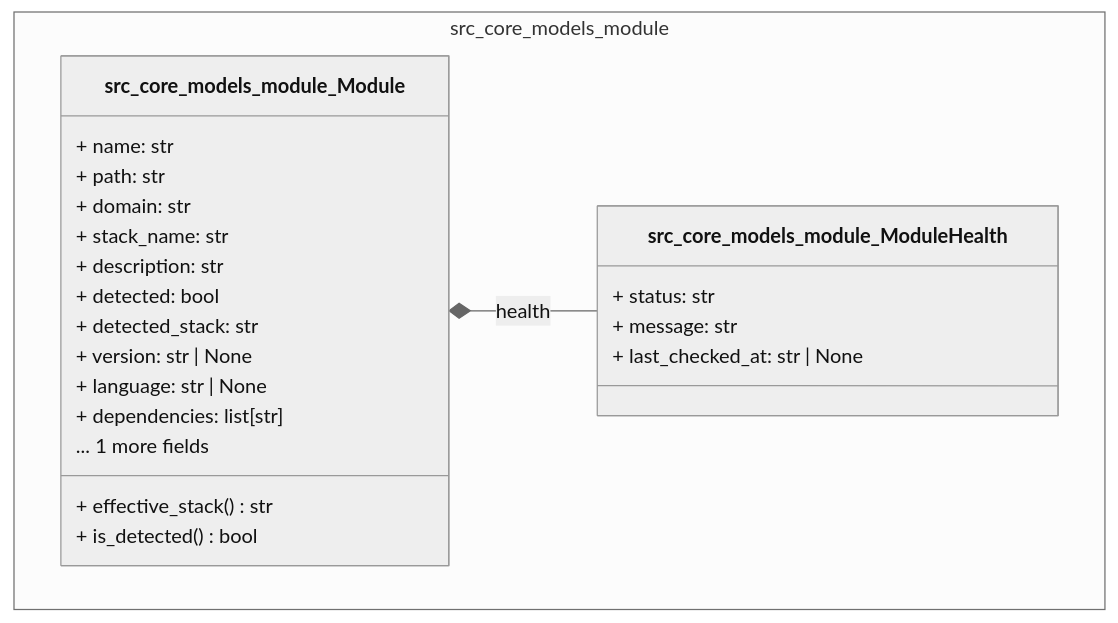
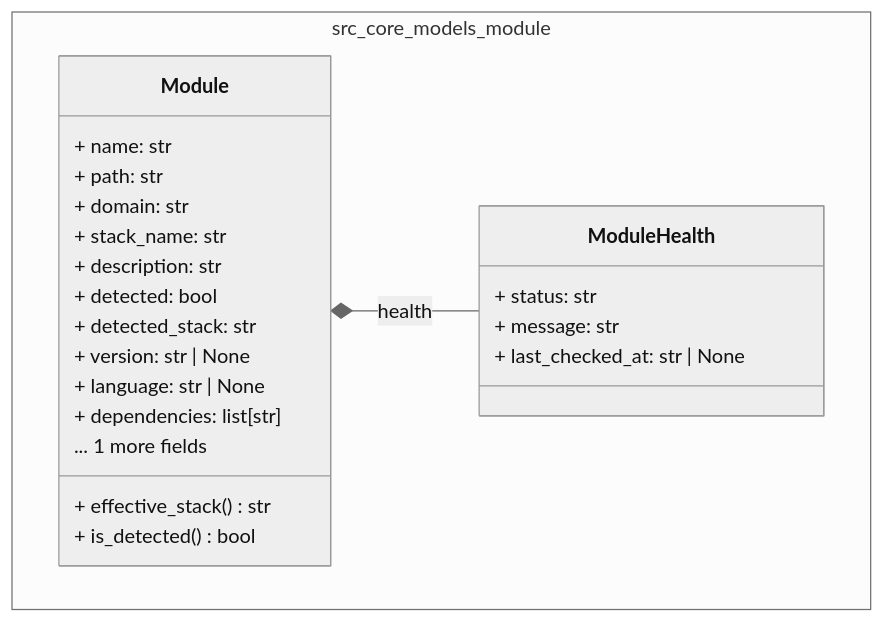
Before and after one commit to cyberpunk042/devops-control-plane: diagram 11 of 35 in docs/diagrams/class_architecture.md, drawn with Mermaid (neutral theme). The commit also changed other lines of this file and 3 other files, not shown here.

````diff
--- a/docs/diagrams/class_architecture.md
+++ b/docs/diagrams/class_architecture.md
@@ -547,29 +547,29 @@
 ```mermaid
 classDiagram
     direction TD
 
     namespace src_core_models_module {
-        class src_core_models_module_Module {
+        class Module {
             + name: str
             + path: str
             + domain: str
             + stack_name: str
             + description: str
             + detected: bool
             + detected_stack: str
             + version: str | None
             + language: str | None
             + dependencies: list[str]
             ... 1 more fields
             + effective_stack() str
             + is_detected() bool
         }
-        class src_core_models_module_ModuleHealth {
+        class ModuleHealth {
             + status: str
             + message: str
             + last_checked_at: str | None
         }
     }
 
-    src_core_models_module_Module *-- src_core_models_module_ModuleHealth : health
+    Module *-- ModuleHealth : health
 ```
````
